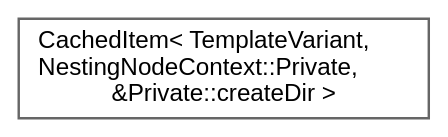
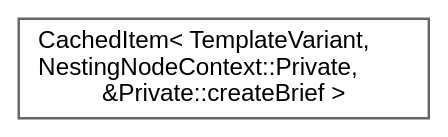
The diagram in inherit_graph_262.dot (zipa/doxygen), drawn with Graphviz before and after one commit. The commit also changed 8642 other files, not shown here.

```diff
--- a/inherit_graph_262.dot
+++ b/inherit_graph_262.dot
@@ -1,10 +1,10 @@
 digraph "Graphical Class Hierarchy"
 {
  // INTERACTIVE_SVG=YES
  // LATEX_PDF_SIZE
   bgcolor="transparent";
   edge [fontname=Helvetica,fontsize=10,labelfontname=Helvetica,labelfontsize=10];
   node [fontname=Helvetica,fontsize=10,shape=box,height=0.2,width=0.4];
   rankdir="LR";
-  Node0 [label="CachedItem\< TemplateVariant,\l NestingNodeContext::Private,\l &Private::createDir \>",height=0.2,width=0.4,color="grey40", fillcolor="white", style="filled",URL="$d7/dc1/class_cached_item.html",tooltip=" "];
+  Node0 [label="CachedItem\< TemplateVariant,\l NestingNodeContext::Private,\l &Private::createBrief \>",height=0.2,width=0.4,color="grey40", fillcolor="white", style="filled",URL="$d7/dc1/class_cached_item.html",tooltip=" "];
 }
```
